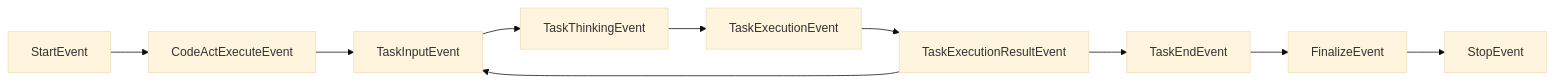
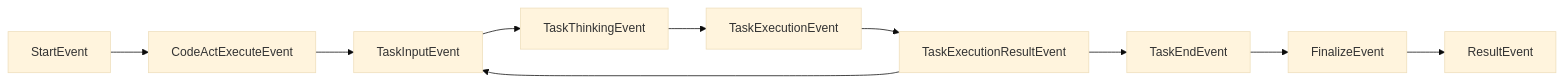
One commit to rejigtian/droidrun-gui changed the first of 2 diagrams in docs/v4/concepts/event-streaming.mdx. Above: the diagram before and after it, drawn with Mermaid (base theme). The commit also changed other lines of this file and 18 other files, not shown here.

````diff
--- a/docs/v4/concepts/event-streaming.mdx
+++ b/docs/v4/concepts/event-streaming.mdx
@@ -463,12 +531,12 @@
 ```mermaid
 graph LR
     Start[StartEvent] --> CodeAct[CodeActExecuteEvent]
     CodeAct --> Input[TaskInputEvent]
     Input --> Think[TaskThinkingEvent]
     Think --> Exec[TaskExecutionEvent]
     Exec --> Result[TaskExecutionResultEvent]
     Result --> Input
     Result --> End[TaskEndEvent]
     End --> Final[FinalizeEvent]
-    Final --> Stop[StopEvent]
+    Final --> Return[ResultEvent]
 ```
````
